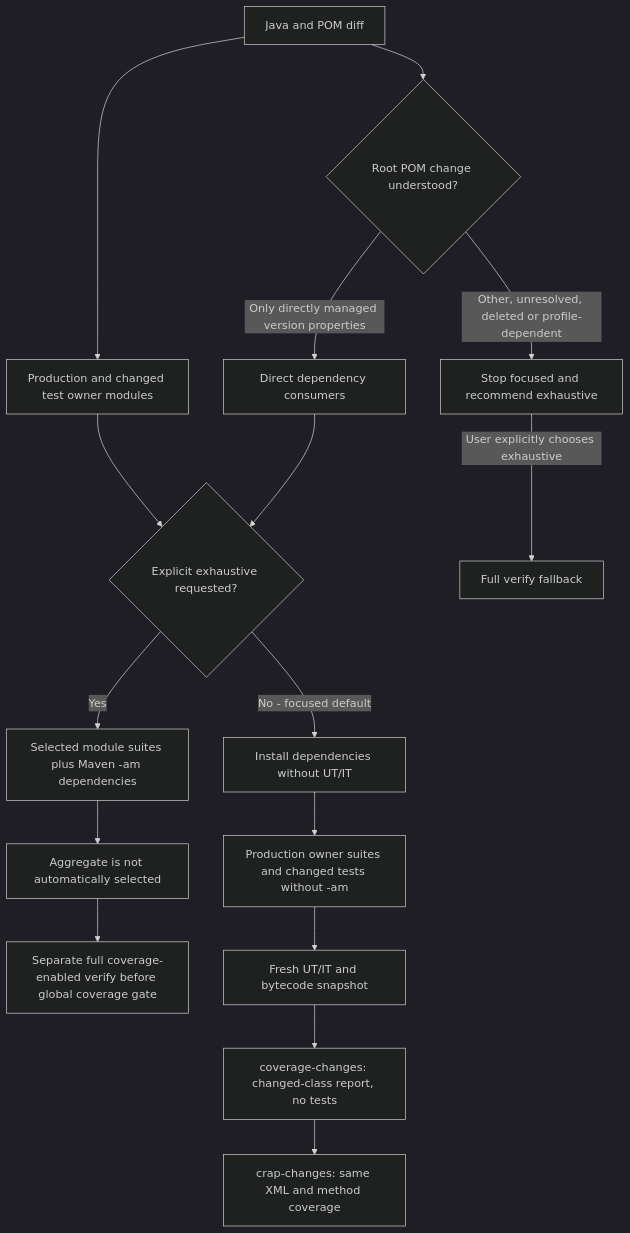
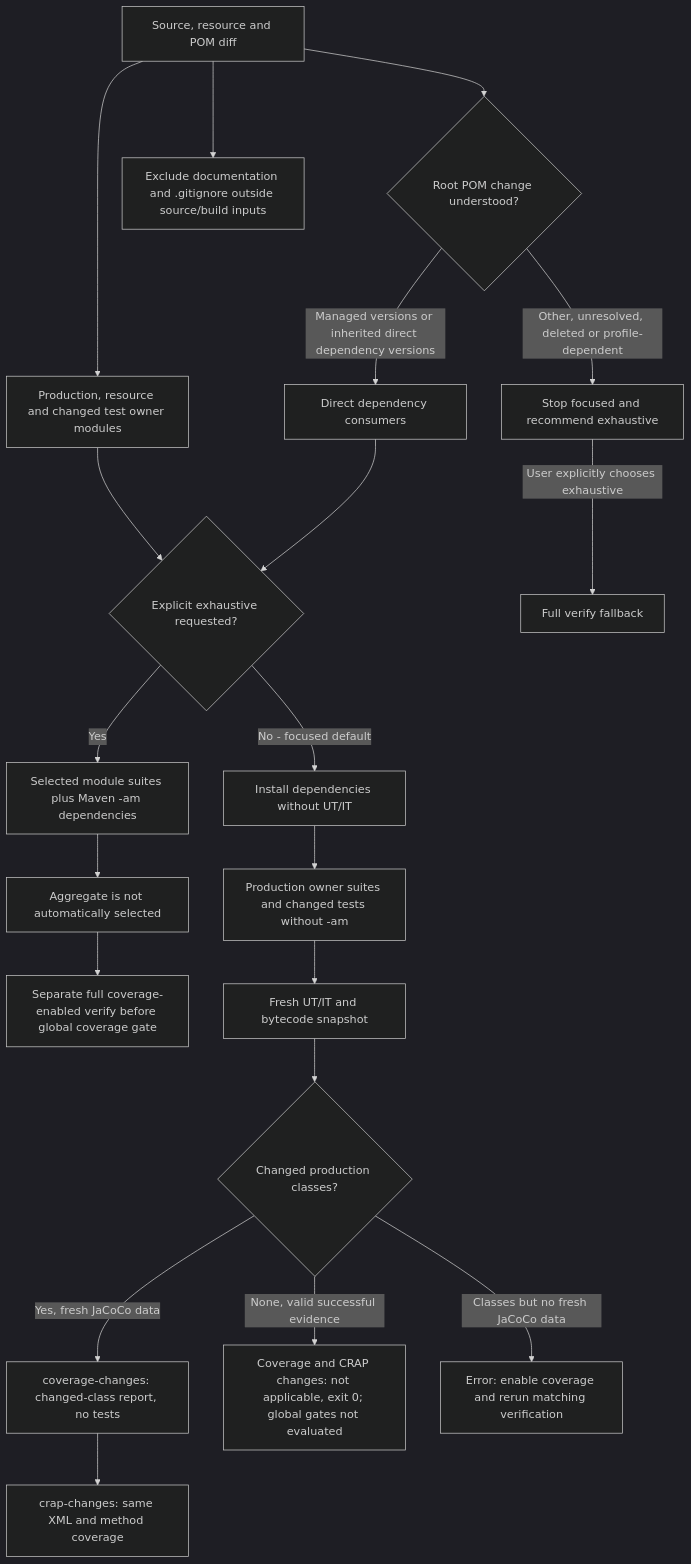
Before and after one commit to antonillos/makevn: the fourth of 4 diagrams in docs/workflow-guidance.md, drawn with Mermaid (dark theme). The commit also changed other lines of this file and 23 other files, not shown here.

First line of the commit message:
fix: harden focused verification, coverage and dashboard diagnostics

````diff
--- a/docs/workflow-guidance.md
+++ b/docs/workflow-guidance.md
@@ -130,18 +130,22 @@
 ```mermaid
 flowchart TD
-  Diff[Java and POM diff] --> Owners[Production and changed test owner modules]
+  Diff[Source, resource and POM diff] --> Owners[Production, resource and changed test owner modules]
+  Diff --> Ignore[Exclude documentation and .gitignore outside source/build inputs]
   Diff --> POM{Root POM change understood?}
-  POM -->|Only directly managed version properties| Consumers[Direct dependency consumers]
+  POM -->|Managed versions or inherited direct dependency versions| Consumers[Direct dependency consumers]
   POM -->|Other, unresolved, deleted or profile-dependent| Stop[Stop focused and recommend exhaustive]
   Stop -->|User explicitly chooses exhaustive| Full[Full verify fallback]
   Owners --> Mode{Explicit exhaustive requested?}
   Mode -->|Yes| Verify[Selected module suites plus Maven -am dependencies]
   Mode -->|No - focused default| Prepare[Install dependencies without UT/IT]
   Prepare --> Focus[Production owner suites and changed tests without -am]
   Focus --> Snapshot[Fresh UT/IT and bytecode snapshot]
-  Snapshot --> ScopedReport[coverage-changes: changed-class report, no tests]
+  Snapshot --> Applicability{Changed production classes?}
+  Applicability -->|Yes, fresh JaCoCo data| ScopedReport[coverage-changes: changed-class report, no tests]
+  Applicability -->|None, valid successful evidence| NA[Coverage and CRAP changes: not applicable, exit 0; global gates not evaluated]
+  Applicability -->|Classes but no fresh JaCoCo data| Missing[Error: enable coverage and rerun matching verification]
   ScopedReport --> ScopedCRAP[crap-changes: same XML and method coverage]
   Consumers --> Mode
   Verify --> Separate[Aggregate is not automatically selected]
   Separate --> Gate[Separate full coverage-enabled verify before global coverage gate]
 ```
````
